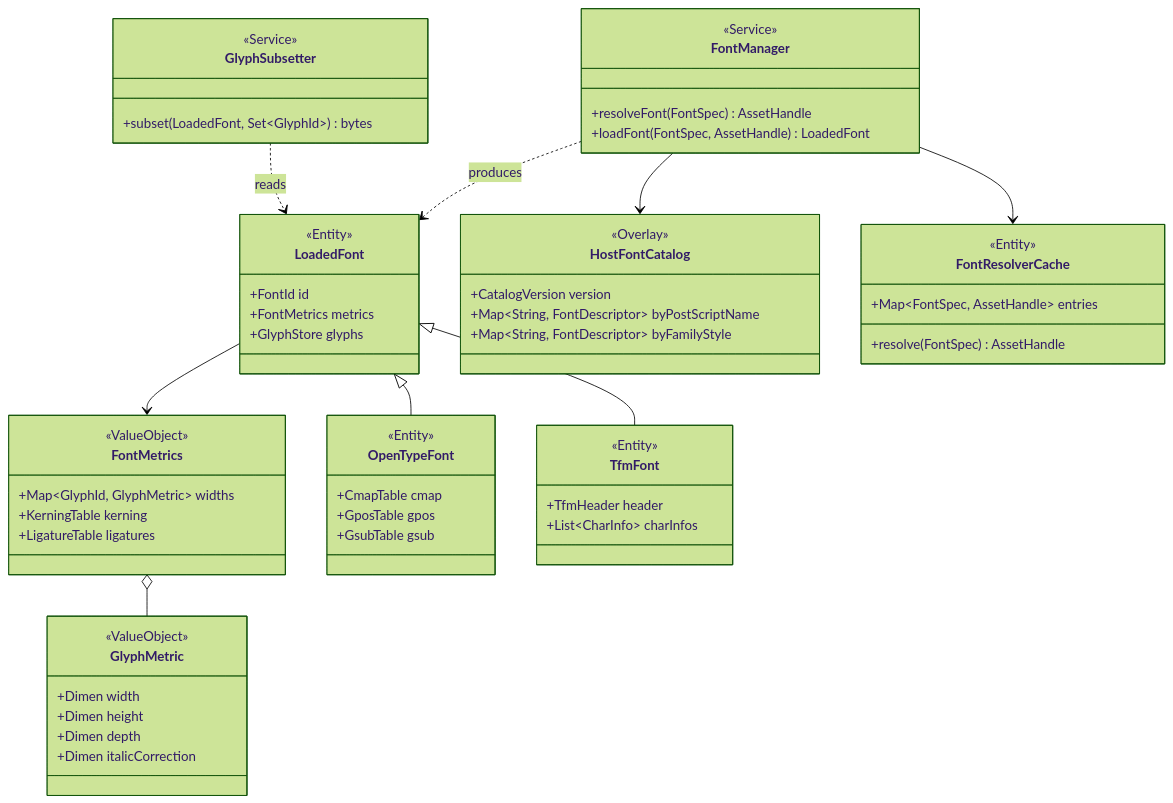
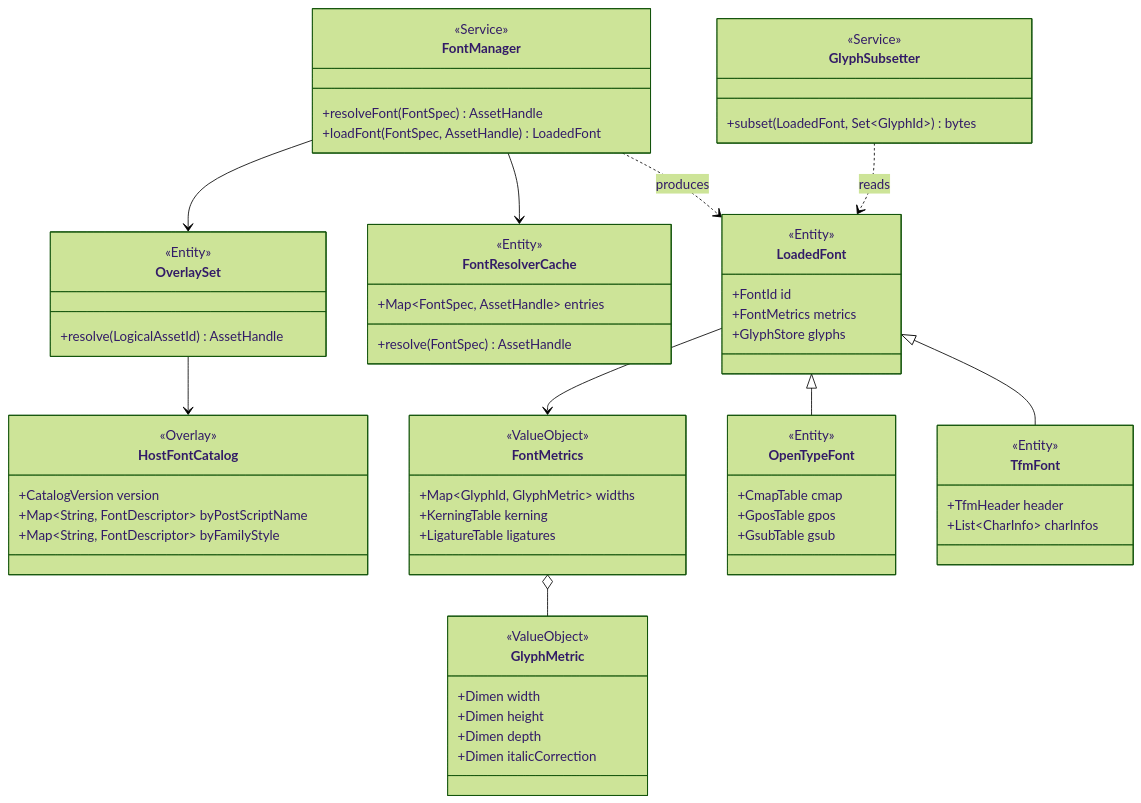
One commit to RK0429/ferritex changed the eighth of 12 diagrams in docs/domain_model.md. Above: the diagram before and after it, drawn with Mermaid (forest theme). The commit also changed other lines of this file and 1 other file, not shown here.

````diff
--- a/docs/domain_model.md
+++ b/docs/domain_model.md
@@ -708,62 +729,67 @@
 ```mermaid
 classDiagram
     class FontManager {
         <<Service>>
         +resolveFont(FontSpec) AssetHandle
         +loadFont(FontSpec, AssetHandle) LoadedFont
+    }
+    class OverlaySet {
+        <<Entity>>
+        +resolve(LogicalAssetId) AssetHandle
     }
     class LoadedFont {
         <<Entity>>
         +FontId id
         +FontMetrics metrics
         +GlyphStore glyphs
     }
     class HostFontCatalog {
         <<Overlay>>
         +CatalogVersion version
         +Map~String, FontDescriptor~ byPostScriptName
         +Map~String, FontDescriptor~ byFamilyStyle
     }
     class FontResolverCache {
         <<Entity>>
         +Map~FontSpec, AssetHandle~ entries
         +resolve(FontSpec) AssetHandle
     }
     class FontMetrics {
         <<ValueObject>>
         +Map~GlyphId, GlyphMetric~ widths
         +KerningTable kerning
         +LigatureTable ligatures
     }
     class GlyphMetric {
         <<ValueObject>>
         +Dimen width
         +Dimen height
         +Dimen depth
         +Dimen italicCorrection
     }
     class OpenTypeFont {
         <<Entity>>
         +CmapTable cmap
         +GposTable gpos
         +GsubTable gsub
     }
     class TfmFont {
         <<Entity>>
         +TfmHeader header
         +List~CharInfo~ charInfos
     }
     class GlyphSubsetter {
         <<Service>>
         +subset(LoadedFont, Set~GlyphId~) bytes
     }
 
     LoadedFont --> FontMetrics
     FontMetrics o-- GlyphMetric
     LoadedFont <|-- OpenTypeFont
     LoadedFont <|-- TfmFont
-    FontManager --> HostFontCatalog
+    FontManager --> OverlaySet
     FontManager --> FontResolverCache
+    OverlaySet --> HostFontCatalog
     FontManager ..> LoadedFont : produces
     GlyphSubsetter ..> LoadedFont : reads
 ```
````
